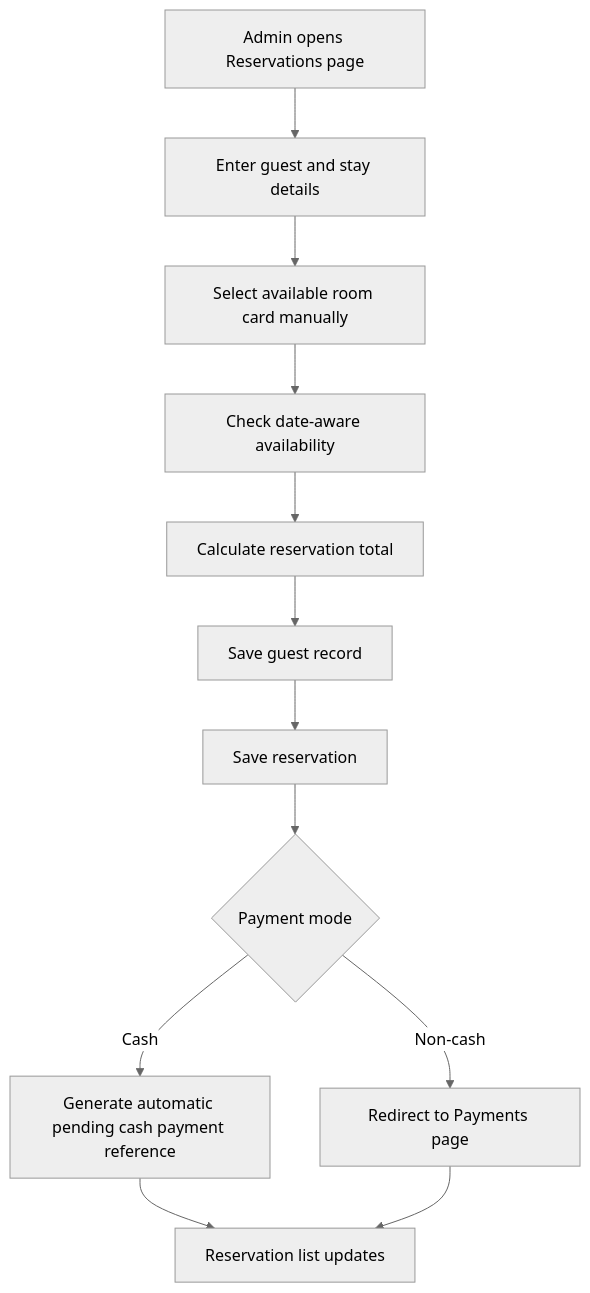
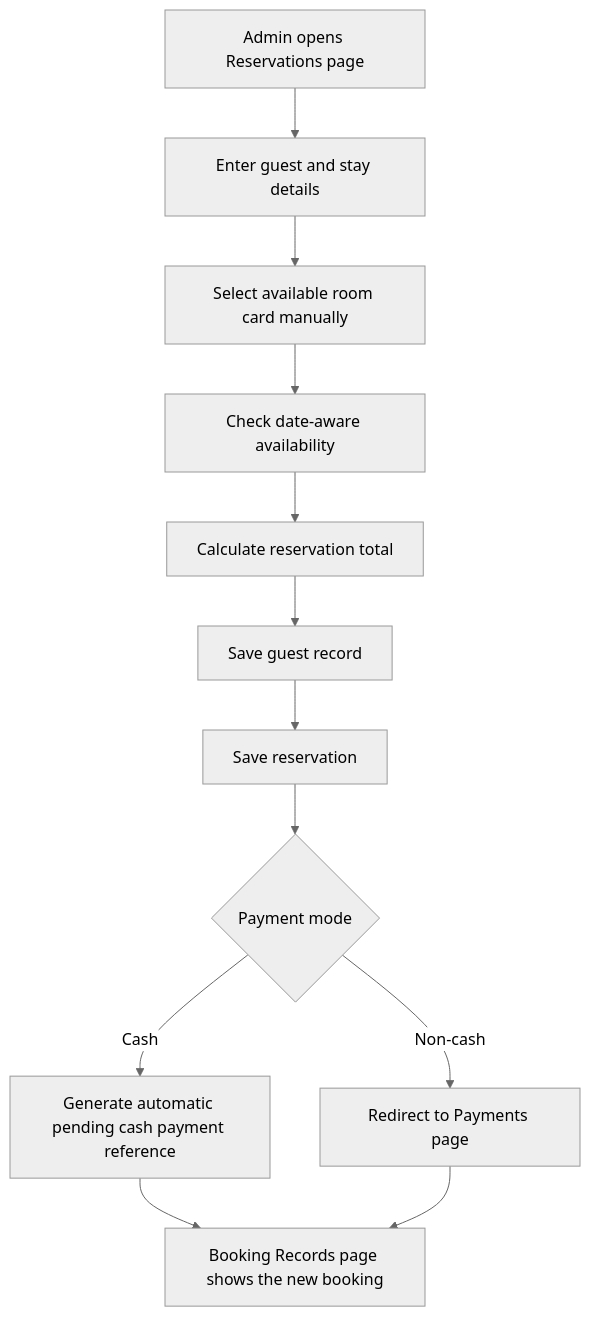
The seventh of 13 diagrams in docs/project-explanation-guide.md (WizardOfXerox/Emperor-Hotel), drawn with Mermaid (neutral theme) before and after one commit. The commit also changed other lines of this file and 24 other files, not shown here.

Commit message:
Simplify reservation capacity and split booking records

````diff
--- a/docs/project-explanation-guide.md
+++ b/docs/project-explanation-guide.md
@@ -579,14 +581,14 @@
 ```mermaid
 flowchart TD
     A[Admin opens Reservations page] --> B[Enter guest and stay details]
     B --> C[Select available room card manually]
     C --> D[Check date-aware availability]
     D --> E[Calculate reservation total]
     E --> F[Save guest record]
     F --> G[Save reservation]
     G --> H{Payment mode}
     H -->|Cash| I[Generate automatic pending cash payment reference]
     H -->|Non-cash| J[Redirect to Payments page]
-    I --> K[Reservation list updates]
+    I --> K[Booking Records page shows the new booking]
     J --> K
 ```
````
